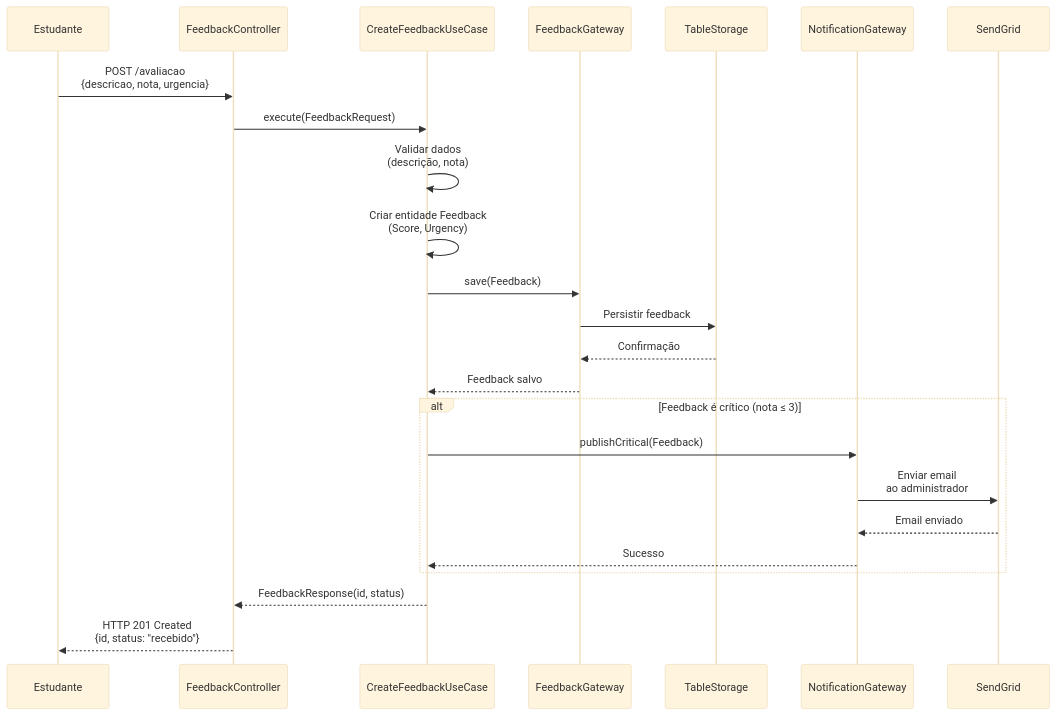
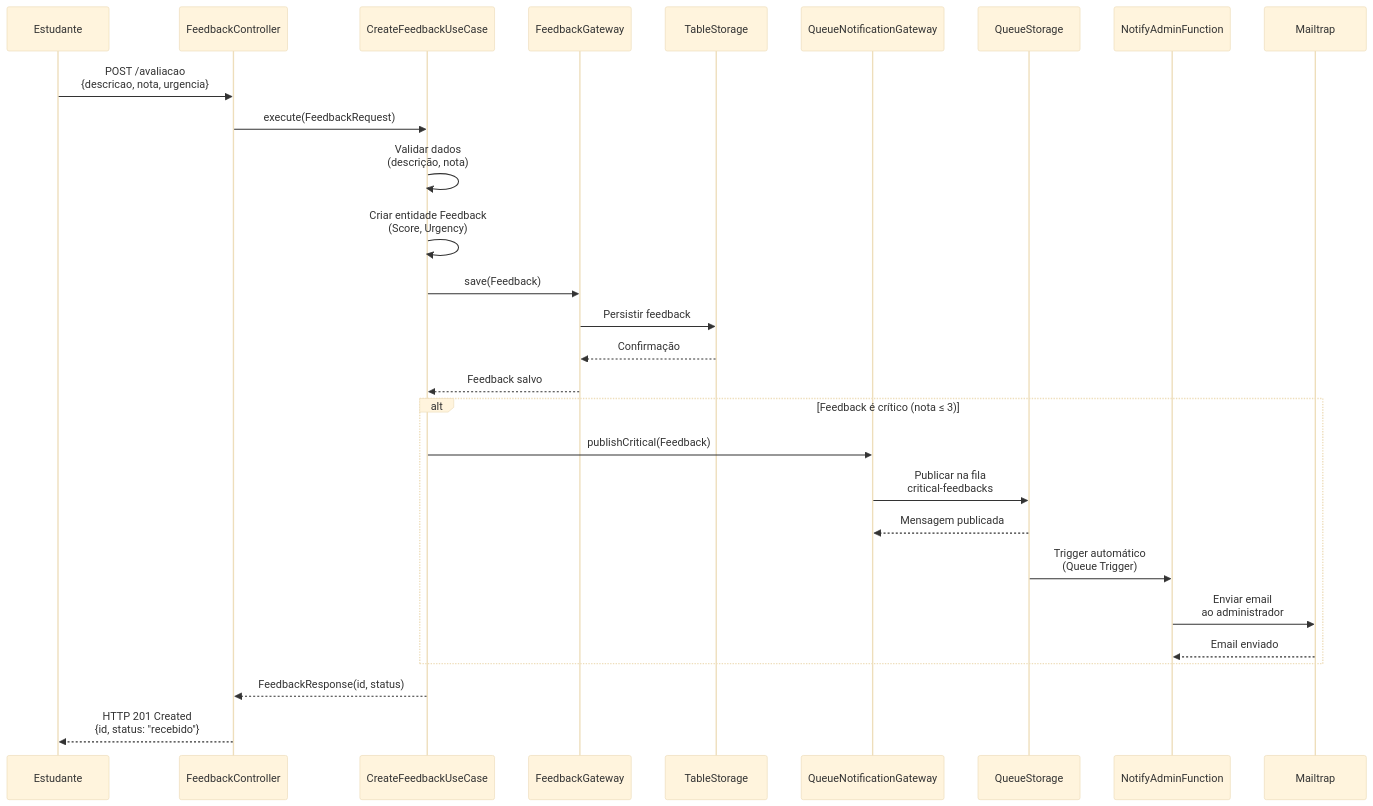
The second of 9 diagrams in README.md (luizffdemoraes/feedback-sync), drawn with Mermaid (base theme) before and after one commit. The commit also changed other lines of this file and 3 other files, not shown here.

````diff
--- a/README.md
+++ b/README.md
@@ -360,32 +361,36 @@
 ```mermaid
 sequenceDiagram
     participant Estudante
     participant FeedbackController
     participant CreateFeedbackUseCase
     participant FeedbackGateway
     participant TableStorage
-    participant NotificationGateway
-    participant SendGrid
+    participant QueueNotificationGateway
+    participant QueueStorage
+    participant NotifyAdminFunction
+    participant Mailtrap
 
     Estudante->>FeedbackController: POST /avaliacao<br/>{descricao, nota, urgencia}
     
     FeedbackController->>CreateFeedbackUseCase: execute(FeedbackRequest)
     
     CreateFeedbackUseCase->>CreateFeedbackUseCase: Validar dados<br/>(descrição, nota)
     CreateFeedbackUseCase->>CreateFeedbackUseCase: Criar entidade Feedback<br/>(Score, Urgency)
     
     CreateFeedbackUseCase->>FeedbackGateway: save(Feedback)
     FeedbackGateway->>TableStorage: Persistir feedback
     TableStorage-->>FeedbackGateway: Confirmação
     FeedbackGateway-->>CreateFeedbackUseCase: Feedback salvo
     
     alt Feedback é crítico (nota ≤ 3)
-        CreateFeedbackUseCase->>NotificationGateway: publishCritical(Feedback)
-        NotificationGateway->>SendGrid: Enviar email<br/>ao administrador
-        SendGrid-->>NotificationGateway: Email enviado
-        NotificationGateway-->>CreateFeedbackUseCase: Sucesso
+        CreateFeedbackUseCase->>QueueNotificationGateway: publishCritical(Feedback)
+        QueueNotificationGateway->>QueueStorage: Publicar na fila<br/>critical-feedbacks
+        QueueStorage-->>QueueNotificationGateway: Mensagem publicada
+        QueueStorage->>NotifyAdminFunction: Trigger automático<br/>(Queue Trigger)
+        NotifyAdminFunction->>Mailtrap: Enviar email<br/>ao administrador
+        Mailtrap-->>NotifyAdminFunction: Email enviado
     end
     
     CreateFeedbackUseCase-->>FeedbackController: FeedbackResponse(id, status)
     FeedbackController-->>Estudante: HTTP 201 Created<br/>{id, status: "recebido"}
 ```
````
